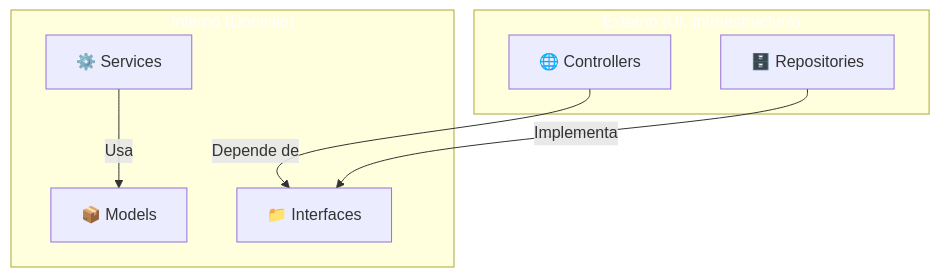
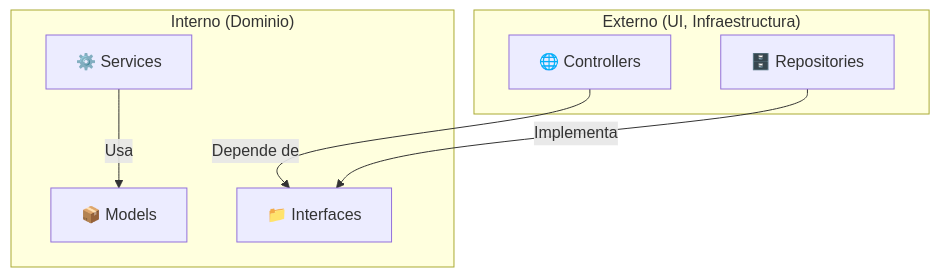
One commit to joseluisgs/DesarrolloWebEntornosServidor-01-2026-2027 changed the second of 2 diagrams in 12-patrones-arquitecturas.md. Above: the diagram before and after it, drawn with Mermaid. The commit also changed 15 other files, not shown here.

Commit message:
docs: quitar el relleno a los subgraf de los diagramas y corregir comillas y rayas sueltas

````diff
--- a/12-patrones-arquitecturas.md
+++ b/12-patrones-arquitecturas.md
@@ -170,20 +170,18 @@
 ```mermaid
 graph TD
     subgraph EXTERNO["Externo (UI, Infraestructura)"]
         A["🌐 Controllers"]
         B["🗄️ Repositories"]
     end
 
     subgraph INTERNO["Interno (Dominio)"]
         C["⚙️ Services"]
         D["📦 Models"]
         E["📁 Interfaces"]
     end
 
     A -->|"Depende de"| E
     B -->|"Implementa"| E
     C -->|"Usa"| D
 
-    style EXTERNO fill:#2196F,color:#fff3,color:#fff
-    style INTERNO fill:#4CAF5,color:#fff0,color:#fff
 ```
````
